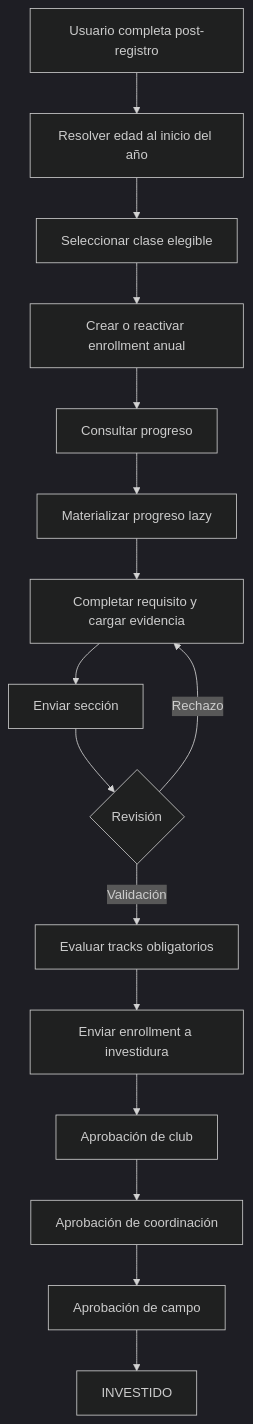
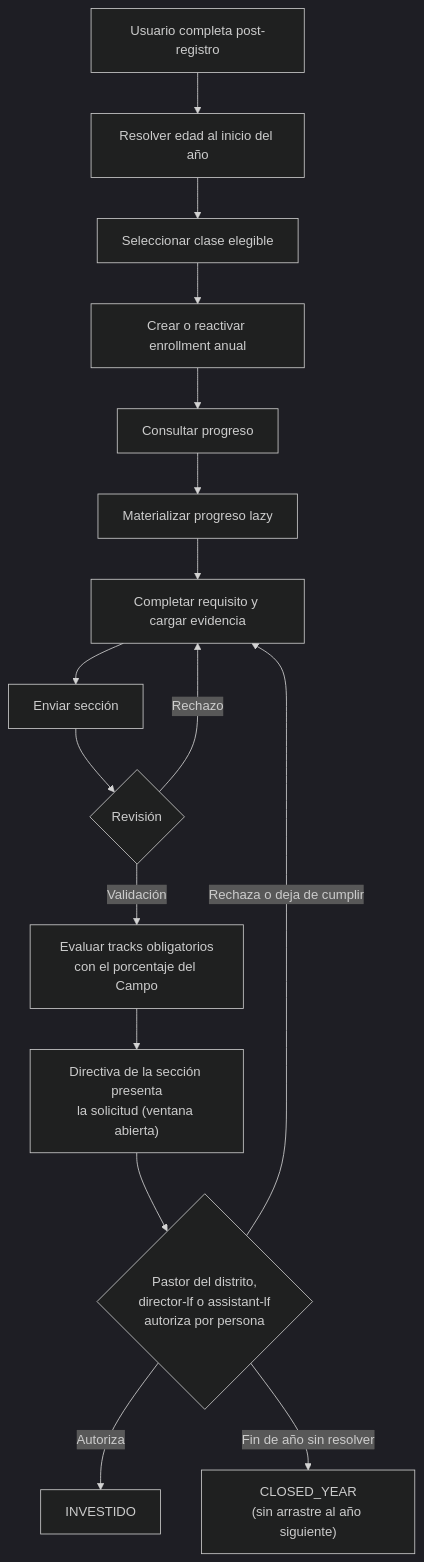
Before and after one commit to abn-r/sacdia: the third of 5 diagrams in docs/features/clases-progresivas-analisis-integral.md, drawn with Mermaid (dark theme). The commit also changed other lines of this file and 1 other file, not shown here.

````diff
--- a/docs/features/clases-progresivas-analisis-integral.md
+++ b/docs/features/clases-progresivas-analisis-integral.md
@@ -215,18 +236,18 @@
 ```mermaid
 flowchart TD
     U["Usuario completa post-registro"] --> R["Resolver edad al inicio del año"]
     R --> C["Seleccionar clase elegible"]
     C --> E["Crear o reactivar enrollment anual"]
     E --> P["Consultar progreso"]
     P --> L["Materializar progreso lazy"]
     L --> F["Completar requisito y cargar evidencia"]
     F --> S["Enviar sección"]
     S --> V{"Revisión"}
     V -->|Rechazo| F
-    V -->|Validación| Q["Evaluar tracks obligatorios"]
-    Q --> I["Enviar enrollment a investidura"]
-    I --> CA["Aprobación de club"]
-    CA --> CO["Aprobación de coordinación"]
-    CO --> FA["Aprobación de campo"]
-    FA --> IN["INVESTIDO"]
+    V -->|Validación| Q["Evaluar tracks obligatorios\ncon el porcentaje del Campo"]
+    Q --> I["Directiva de la sección presenta\nla solicitud (ventana abierta)"]
+    I --> A{"Pastor del distrito,\ndirector-lf o assistant-lf\nautoriza por persona"}
+    A -->|Autoriza| IN["INVESTIDO"]
+    A -->|Rechaza o deja de cumplir| F
+    A -->|Fin de año sin resolver| CY["CLOSED_YEAR\n(sin arrastre al año siguiente)"]
 ```
````
